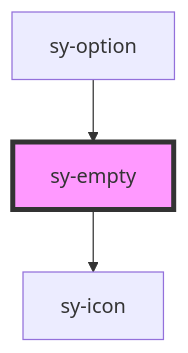
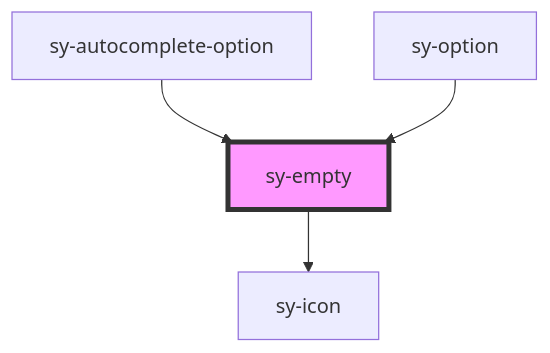
Before and after one commit to ksrae/saida-design-system-components: the diagram in design-system-light/src/components/empty/readme.md, drawn with Mermaid. The commit also changed other lines of this file and 15 other files, not shown here.

````diff
--- a/design-system-light/src/components/empty/readme.md
+++ b/design-system-light/src/components/empty/readme.md
@@ -26,6 +27,7 @@
 ```mermaid
 graph TD;
   sy-empty --> sy-icon
+  sy-autocomplete-option --> sy-empty
   sy-option --> sy-empty
   style sy-empty fill:#f9f,stroke:#333,stroke-width:4px
 ```
````
